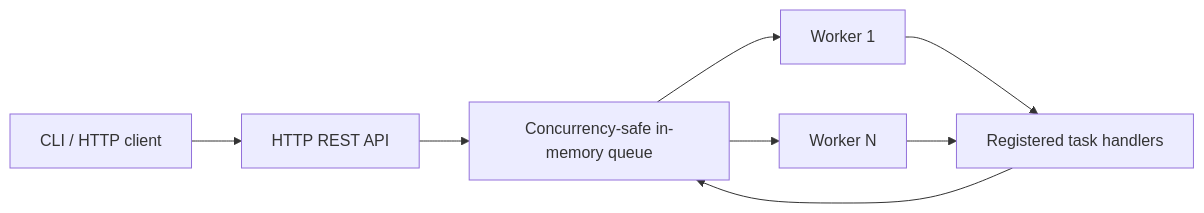
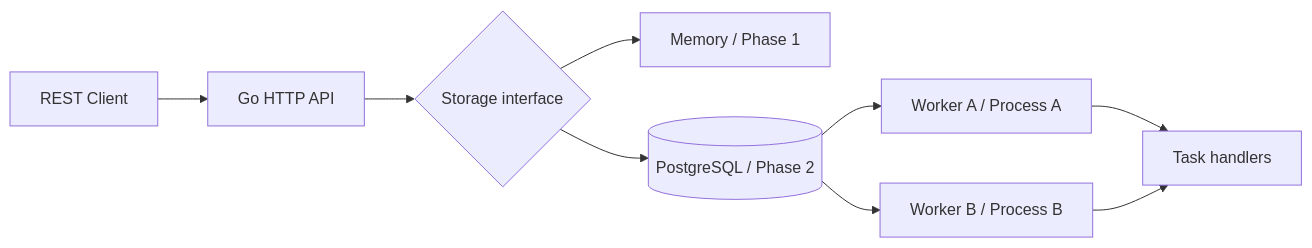
Before and after one commit to Martin-Aziz/reliable-workflows-lab: the diagram in README.md, drawn with Mermaid. The commit also changed other lines of this file and 17 other files, not shown here.

Commit message:
feat: add PostgreSQL-backed durable job leasing and idempotency

````diff
--- a/README.md
+++ b/README.md
@@ -19,10 +19,11 @@
 ```mermaid
 flowchart LR
-    A[CLI / HTTP client] --> B[HTTP REST API]
-    B --> C[Concurrency-safe in-memory queue]
-    C --> W1[Worker 1]
-    C --> W2[Worker N]
-    W1 --> H[Registered task handlers]
-    W2 --> H
-    H --> C
+  Client[REST Client] --> API[Go HTTP API]
+  API --> Store{Storage interface}
+  Store --> Memory[Memory / Phase 1]
+  Store --> DB[(PostgreSQL / Phase 2)]
+  DB --> WorkerA[Worker A / Process A]
+  DB --> WorkerB[Worker B / Process B]
+  WorkerA --> Handlers[Task handlers]
+  WorkerB --> Handlers
 ```
````
